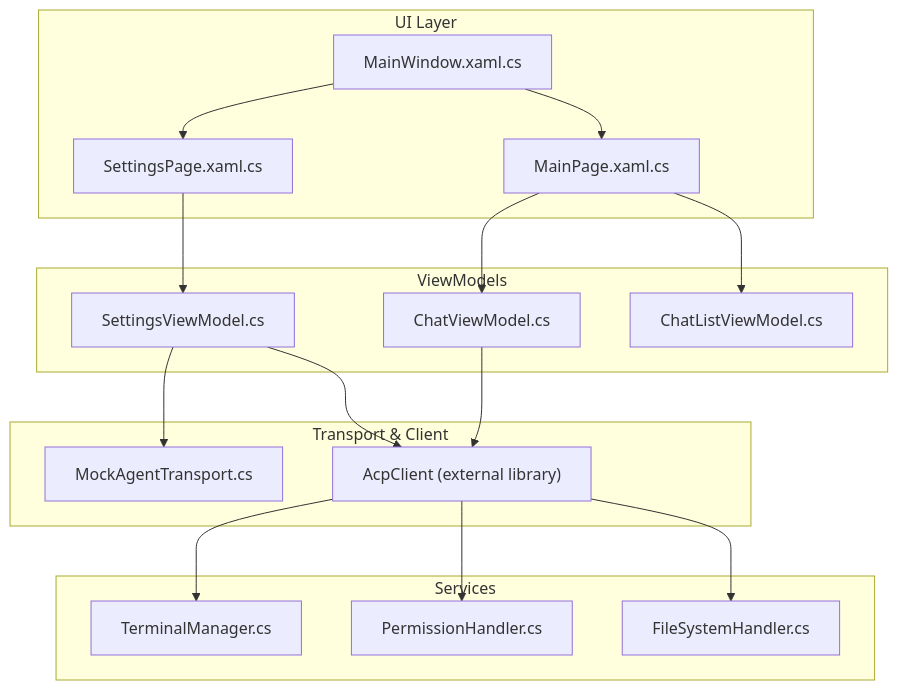
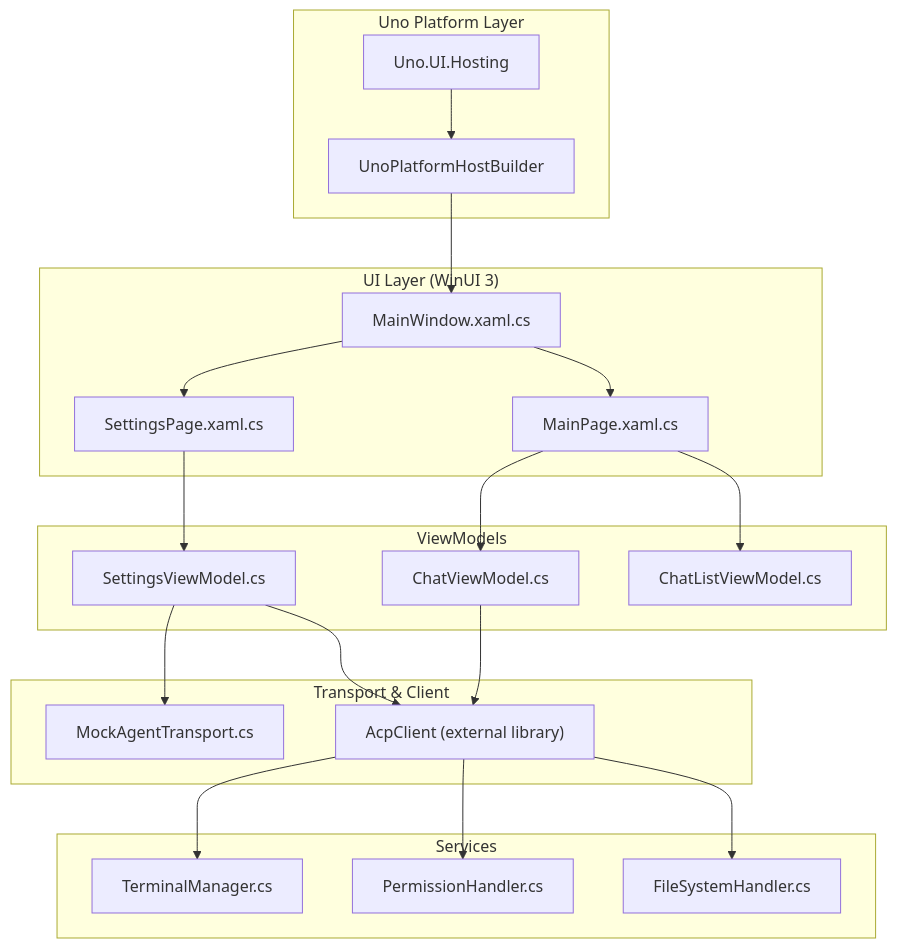
The first of 11 diagrams in .qoder/repowiki/en/content/Architecture Overview/Architecture Overview.md (AgenticDesktop/App), drawn with Mermaid before and after one commit. The commit also changed other lines of this file and 108 other files, not shown here.

First line of the commit message:
Add support for Uno Desktop and WinUI 3 build scripts

````diff
--- a/.qoder/repowiki/en/content/Architecture Overview/Architecture Overview.md
+++ b/.qoder/repowiki/en/content/Architecture Overview/Architecture Overview.md
@@ -42,33 +54,39 @@
 ```mermaid
 graph TB
-subgraph "UI Layer"
+subgraph "Uno Platform Layer"
+UNO["Uno.UI.Hosting"]
+HOST["UnoPlatformHostBuilder"]
+end
+subgraph "UI Layer (WinUI 3)"
 MW["MainWindow.xaml.cs"]
 MP["MainPage.xaml.cs"]
 SP["SettingsPage.xaml.cs"]
 end
 subgraph "ViewModels"
 SVM["SettingsViewModel.cs"]
 CVM["ChatViewModel.cs"]
 CLVM["ChatListViewModel.cs"]
 end
 subgraph "Services"
 TM["TerminalManager.cs"]
 PH["PermissionHandler.cs"]
 FSH["FileSystemHandler.cs"]
 end
 subgraph "Transport & Client"
 MAT["MockAgentTransport.cs"]
 ACP["AcpClient (external library)"]
 end
+UNO --> HOST
+HOST --> MW
 MW --> MP
 MW --> SP
 MP --> CVM
 MP --> CLVM
 SP --> SVM
 SVM --> ACP
 CVM --> ACP
 ACP --> TM
 ACP --> PH
 ACP --> FSH
 SVM --> MAT
 ```
````
